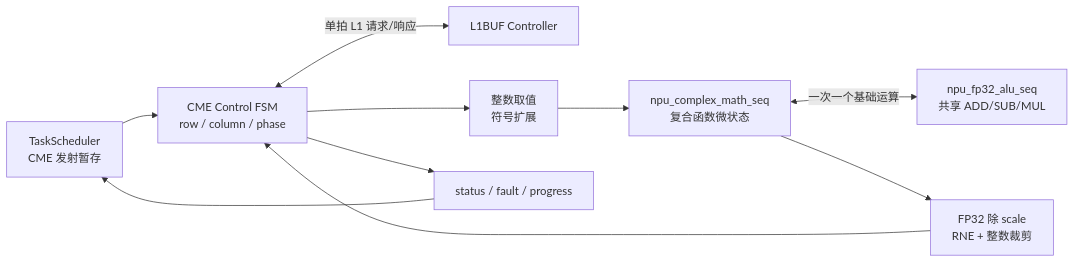
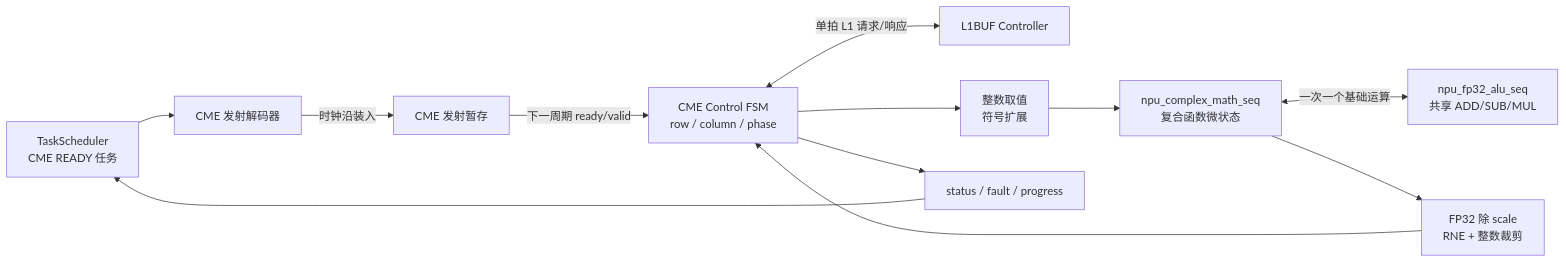
One commit to Little-W/Obsidian changed the tenth of 17 diagrams in NPU/NPU 指令与硬件架构设计 Spec.md. Above: the diagram before and after it, drawn with Mermaid. The commit also changed other lines of this file, not shown here.

````diff
--- a/NPU/NPU 指令与硬件架构设计 Spec.md
+++ b/NPU/NPU 指令与硬件架构设计 Spec.md
@@ -3264,21 +3264,25 @@
 ```mermaid
 flowchart LR
-    TS["TaskScheduler<br/>CME 发射暂存"]
+    TS["TaskScheduler<br/>CME READY 任务"]
+    DEC["CME 发射解码器"]
+    STG["CME 发射暂存"]
     CFSM["CME Control FSM<br/>row / column / phase"]
     L1C["L1BUF Controller"]
     CONV["整数取值<br/>符号扩展"]
     MSEQ["npu_complex_math_seq<br/>复合函数微状态"]
     ALU["npu_fp32_alu_seq<br/>共享 ADD/SUB/MUL"]
     OUT["FP32 除 scale<br/>RNE + 整数裁剪"]
     DONE["status / fault / progress"]
 
-    TS --> CFSM
+    TS --> DEC
+    DEC -->|"时钟沿装入"| STG
+    STG -->|"下一周期 ready/valid"| CFSM
     CFSM <-->|"单拍 L1 请求/响应"| L1C
     CFSM --> CONV
     CONV --> MSEQ
     MSEQ <-->|"一次一个基础运算"| ALU
     MSEQ --> OUT
     OUT --> CFSM
     CFSM --> DONE
     DONE --> TS
 ```
````
